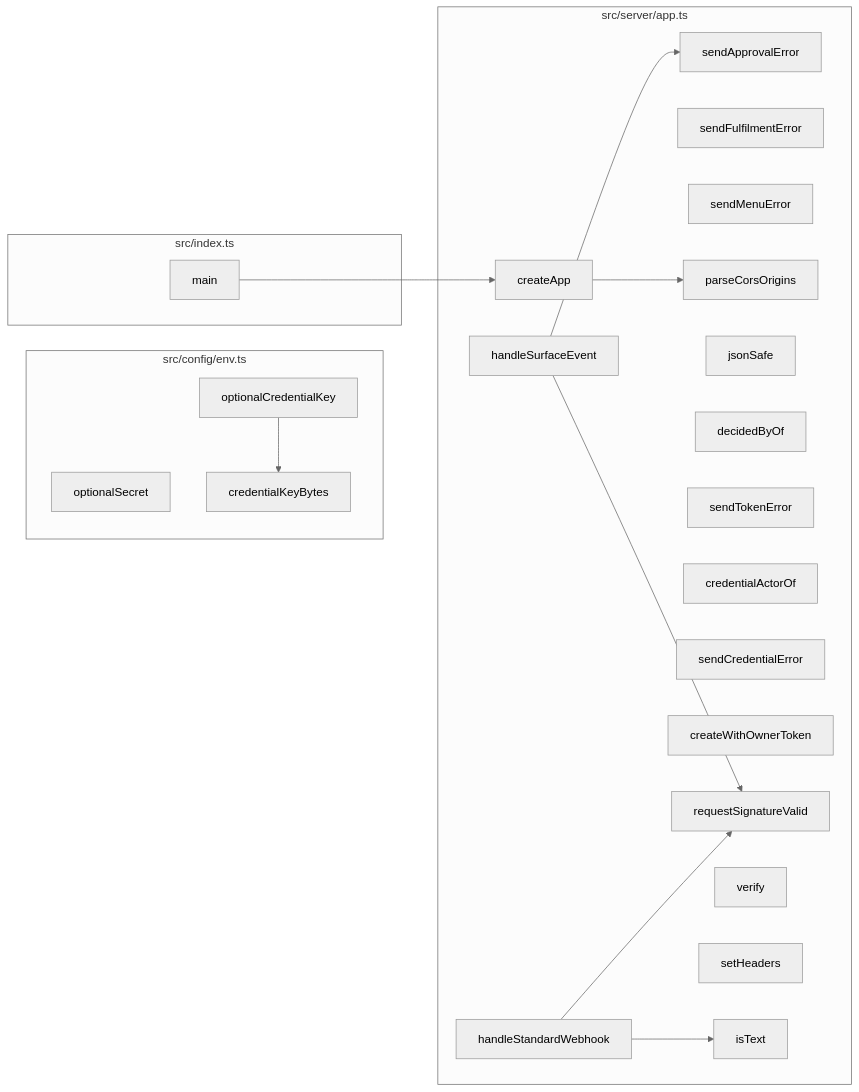
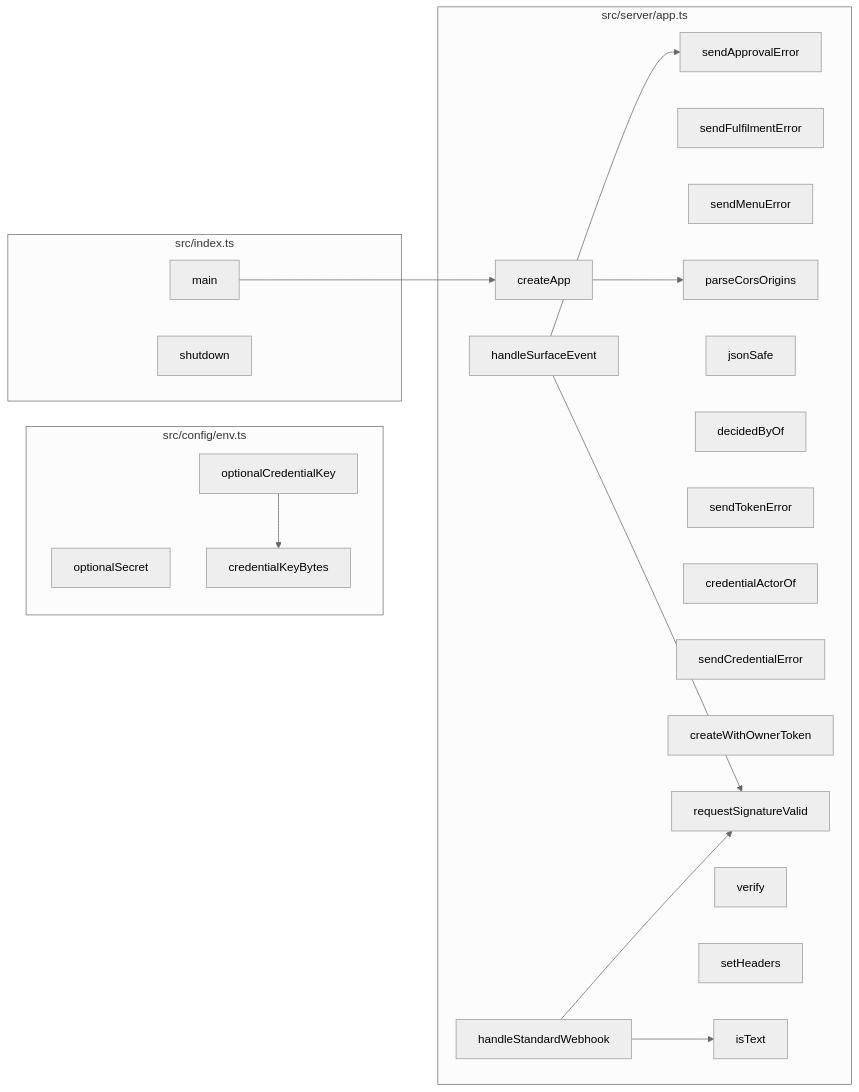
One commit to Jaydearcadian/bind changed the fourth of 8 diagrams in docs/CODEBASE_MAP.md. Above: the diagram before and after it, drawn with Mermaid (neutral theme). The commit also changed other lines of this file and 8 other files, not shown here.

````diff
--- a/docs/CODEBASE_MAP.md
+++ b/docs/CODEBASE_MAP.md
@@ -259,37 +260,38 @@
 ```mermaid
 flowchart LR
   subgraph F0["src/config/env.ts"]
     n106["optionalSecret"]
     n107["credentialKeyBytes"]
     n108["optionalCredentialKey"]
   end
   subgraph F1["src/index.ts"]
     n166["main"]
+    n167["shutdown"]
   end
   subgraph F2["src/server/app.ts"]
-    n187["sendApprovalError"]
-    n188["sendFulfilmentError"]
-    n189["sendMenuError"]
-    n190["parseCorsOrigins"]
-    n191["jsonSafe"]
-    n192["decidedByOf"]
-    n193["sendTokenError"]
-    n194["credentialActorOf"]
-    n195["sendCredentialError"]
-    n196["createWithOwnerToken"]
-    n197["requestSignatureValid"]
-    n198["createApp"]
-    n199["verify"]
-    n200["setHeaders"]
-    n261["handleSurfaceEvent"]
-    n262["handleStandardWebhook"]
-    n263["isText"]
+    n188["sendApprovalError"]
+    n189["sendFulfilmentError"]
+    n190["sendMenuError"]
+    n191["parseCorsOrigins"]
+    n192["jsonSafe"]
+    n193["decidedByOf"]
+    n194["sendTokenError"]
+    n195["credentialActorOf"]
+    n196["sendCredentialError"]
+    n197["createWithOwnerToken"]
+    n198["requestSignatureValid"]
+    n199["createApp"]
+    n200["verify"]
+    n201["setHeaders"]
+    n262["handleSurfaceEvent"]
+    n263["handleStandardWebhook"]
+    n264["isText"]
   end
   n108 --> n107
-  n166 --> n198
-  n198 --> n190
-  n261 --> n197
-  n261 --> n187
-  n262 --> n197
-  n262 --> n263
+  n166 --> n199
+  n199 --> n191
+  n262 --> n198
+  n262 --> n188
+  n263 --> n198
+  n263 --> n264
 ```
````
